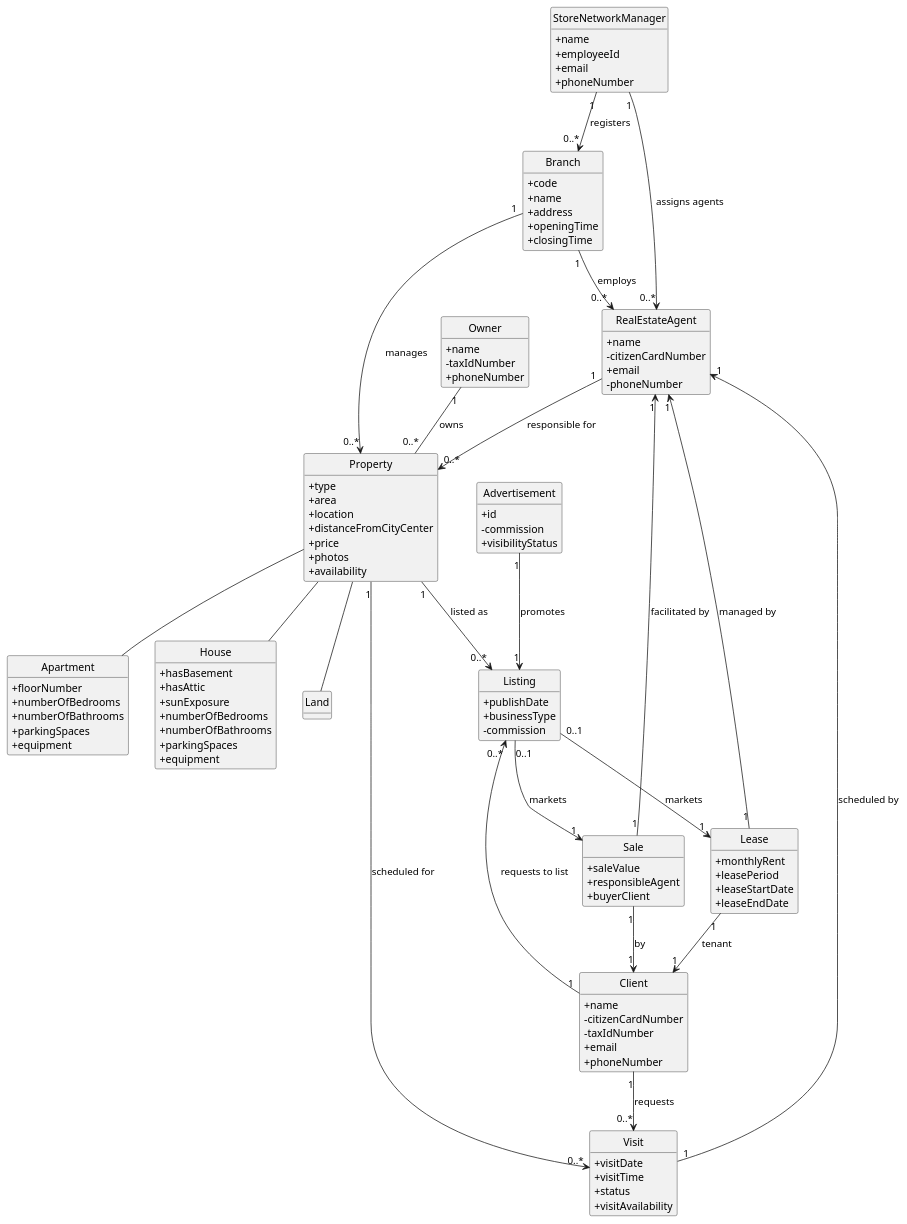
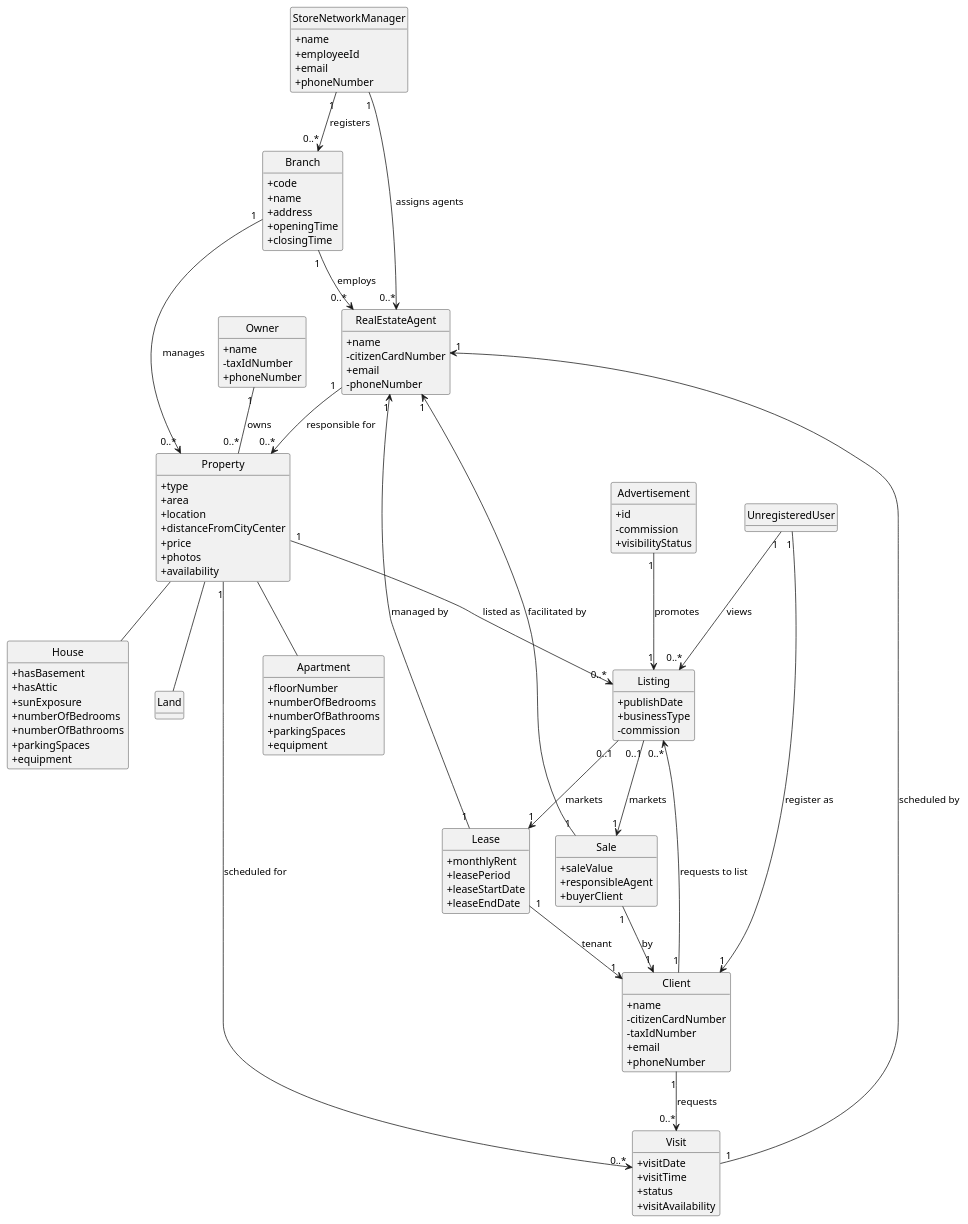
One commit to goncalomaia18/leti-esoft-24-25-A2 changed the diagram in docs/Sprint3/Global_Artifacts/DM.puml. Above: the diagram before and after it, drawn with PlantUML. The commit also changed 9 other files, not shown here.

```diff
--- a/docs/Sprint3/Global_Artifacts/DM.puml
+++ b/docs/Sprint3/Global_Artifacts/DM.puml
@@ -1,134 +1,138 @@
 @startuml
 skinparam classAttributeIconSize 0
 hide circle
 hide methods
 
 class StoreNetworkManager {
     +name
     +employeeId
     +email
     +phoneNumber
 }
 
 class Branch {
     +code
     +name
     +address
     +openingTime
     +closingTime
 }
 
 class RealEstateAgent {
     +name
     -citizenCardNumber
     +email
     -phoneNumber
 }
 
 class Property {
     +type
     +area
     +location
     +distanceFromCityCenter
     +price
     +photos
     +availability
 }
 
 class Apartment {
     +floorNumber
     +numberOfBedrooms
     +numberOfBathrooms
     +parkingSpaces
     +equipment
 }
 
 class House {
     +hasBasement
     +hasAttic
     +sunExposure
     +numberOfBedrooms
     +numberOfBathrooms
     +parkingSpaces
     +equipment
 }
 
 class Land {}
 
 class Owner {
     +name
     -taxIdNumber
     +phoneNumber
 }
 
 class Client {
     +name
     -citizenCardNumber
     -taxIdNumber
     +email
     +phoneNumber
 }
 
 class Sale {
     +saleValue
     +responsibleAgent
     +buyerClient
 }
 
 class Lease {
     +monthlyRent
     +leasePeriod
     +leaseStartDate
     +leaseEndDate
 }
 
 class Advertisement {
     +id
     -commission
     +visibilityStatus
 }
 
 class Visit {
     +visitDate
     +visitTime
     +status
     +visitAvailability
 }
 
 class Listing {
     +publishDate
     +businessType
     -commission
 }
+class UnregisteredUser {
+}
+
 
 Branch "1" --> "0..*" RealEstateAgent : employs
 Branch "1" --> "0..*" Property : manages
 
-
+UnregisteredUser "1" --> "0..*" Listing : views
+UnregisteredUser "1" --> "1" Client : register as
 RealEstateAgent "1" --> "0..*" Property : responsible for
 Owner "1" -- "0..*" Property : owns
 Property "1" --> "0..*" Visit : scheduled for
 Property "1" --> "0..*" Listing : listed as
 
 Listing "0..1" --> "1" Sale : markets
 Listing "0..1" --> "1" Lease : markets
 
 Advertisement "1" --> "1" Listing : promotes
 
 Property -- Apartment
 Property -- House
 Property -- Land
 
 Sale "1" --> "1" Client : by
 Sale "1" --> "1" RealEstateAgent : facilitated by
 
 Lease "1" --> "1" Client : tenant
 Lease "1" --> "1" RealEstateAgent : managed by
 
 Client "1" --> "0..*" Visit : requests
 Client "1" --> "0..*" Listing : requests to list
 Visit "1" --> "1" RealEstateAgent : scheduled by
 
 StoreNetworkManager "1" --> "0..*" Branch : registers
 StoreNetworkManager "1" --> "0..*" RealEstateAgent : assigns agents
 @enduml
```
